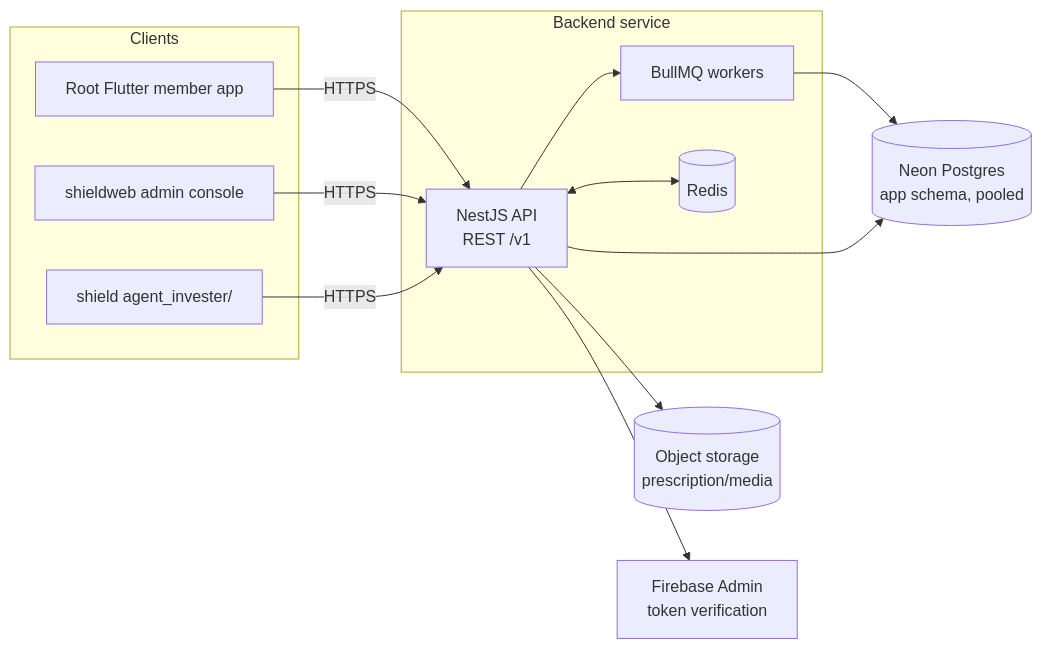
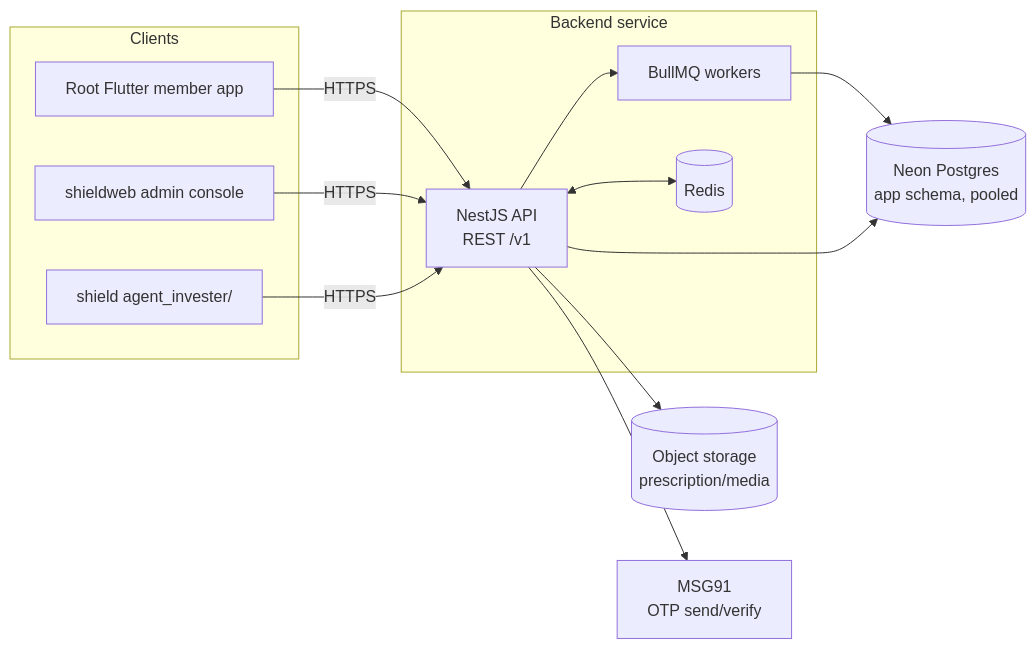
One commit to juniordeveloper9400/Shield changed the diagram in backend/docs/trd.md. Above: the diagram before and after it, drawn with Mermaid. The commit also changed other lines of this file and 80 other files, not shown here.

First line of the commit message:
feat: migrate authentication from Firebase Phone Auth to MSG91 OTP

````diff
--- a/backend/docs/trd.md
+++ b/backend/docs/trd.md
@@ -5,28 +5,28 @@
 ```mermaid
 flowchart LR
   subgraph Clients
     A[Root Flutter member app]
     W[shieldweb admin console]
     L["shield agent_invester/"]
   end
 
   subgraph Backend service
     API[NestJS API<br/>REST /v1]
     Q[BullMQ workers]
     Cache[(Redis)]
   end
 
   DB[(Neon Postgres<br/>app schema, pooled)]
   Obj[(Object storage<br/>prescription/media)]
-  FB[Firebase Admin<br/>token verification]
+  FB[MSG91<br/>OTP send/verify]
 
   A -- HTTPS --> API
   W -- HTTPS --> API
   L -- HTTPS --> API
   API <--> Cache
   API --> Q
   Q --> DB
   API --> DB
   API --> Obj
   API --> FB
 ```
````
